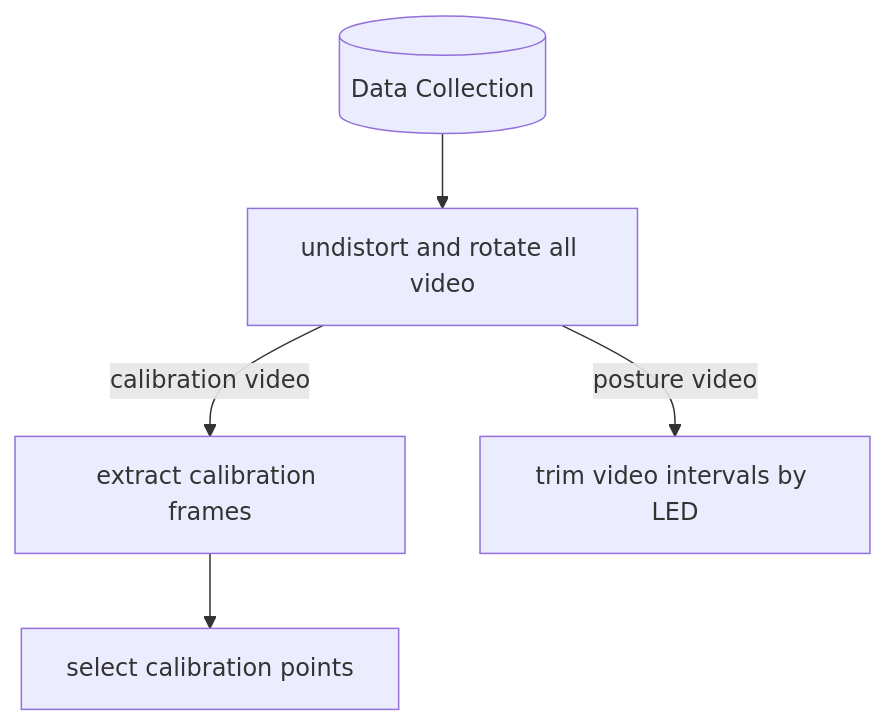
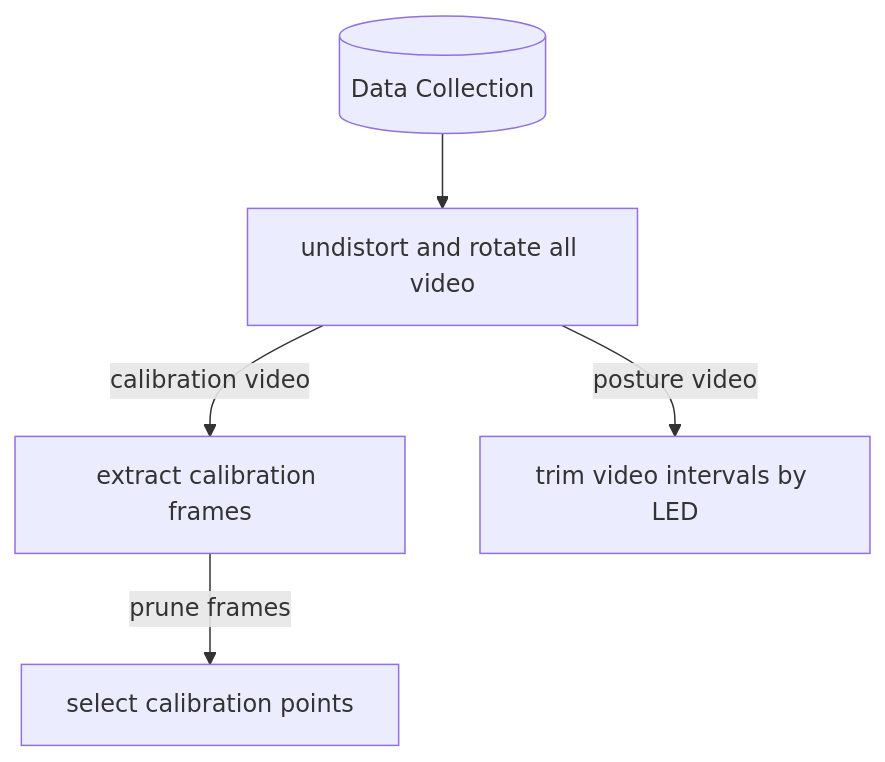
The diagram in README.md (GazzolaLab/BR2-vision-based-smoothing), drawn with Mermaid before and after one commit. The commit also changed other lines of this file and 1 other file, not shown here.

Commit message:
update calibration point selection

````diff
--- a/README.md
+++ b/README.md
@@ -50,12 +50,12 @@
 ```mermaid
 flowchart TD
     collect[("Data Collection")]
     proc1["undistort and rotate all video"]
     cal1["extract calibration frames"]
     cal2["select calibration points"]
     trim["trim video intervals by LED"]
 
     collect --> proc1
-    proc1 -->|calibration video| cal1 --> cal2
+    proc1 -->|calibration video| cal1 -->|prune frames| cal2
     proc1 -->|posture video| trim
 ```
````
